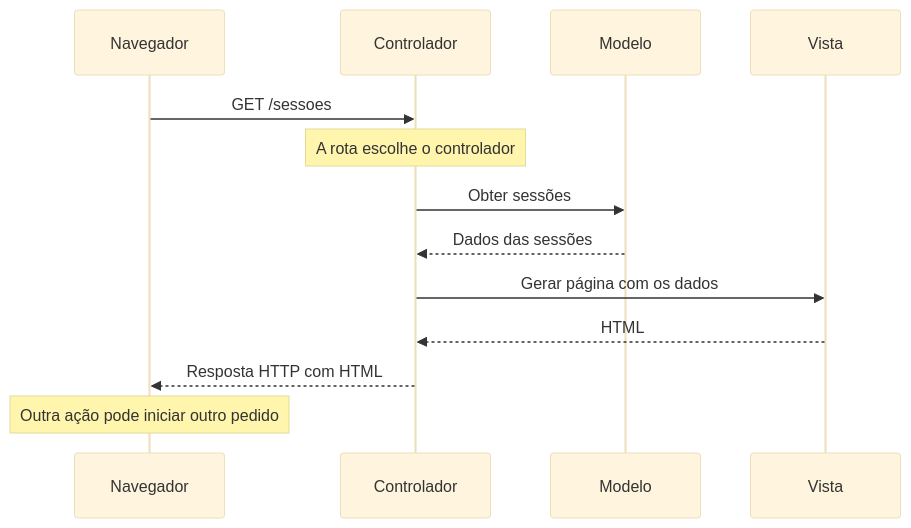
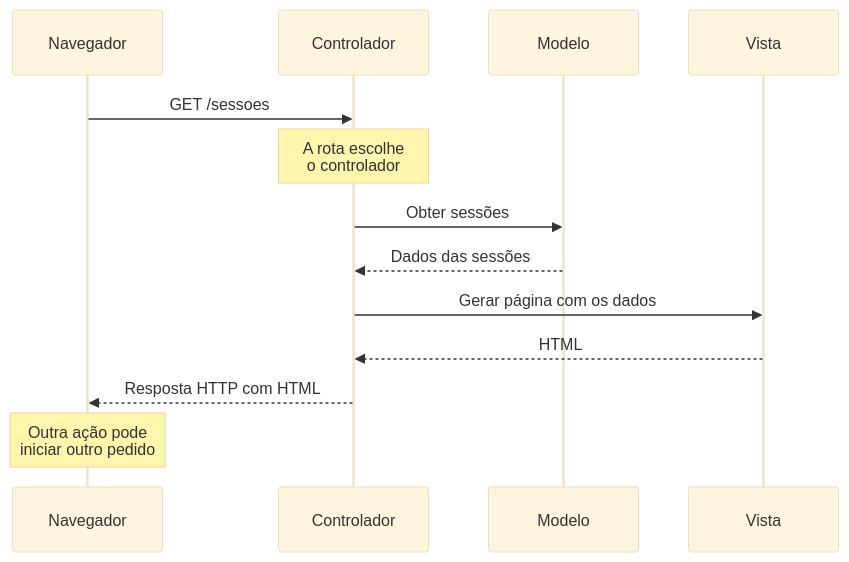
Before and after one commit to rodrgds/resumos: the diagram in src/content/lbaw/pedido-laravel.mmd, drawn with Mermaid (base theme).

Commit message:
Keep Laravel sequence notes close to their participants

```diff
--- a/src/content/lbaw/pedido-laravel.mmd
+++ b/src/content/lbaw/pedido-laravel.mmd
@@ -1,13 +1,13 @@
 sequenceDiagram
   participant N as Navegador
   participant C as Controlador
   participant M as Modelo
   participant V as Vista
   N->>C: GET /sessoes
-  Note over C: A rota escolhe o controlador
+  Note over C: A rota escolhe<br/>o controlador
   C->>M: Obter sessões
   M-->>C: Dados das sessões
   C->>V: Gerar página com os dados
   V-->>C: HTML
   C-->>N: Resposta HTTP com HTML
-  Note over N: Outra ação pode iniciar outro pedido
+  Note over N: Outra ação pode<br/>iniciar outro pedido
```
